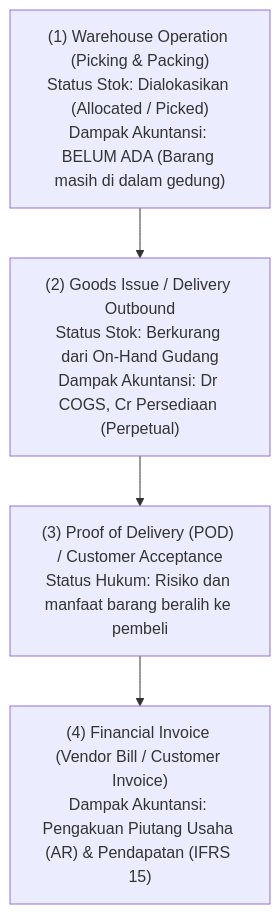
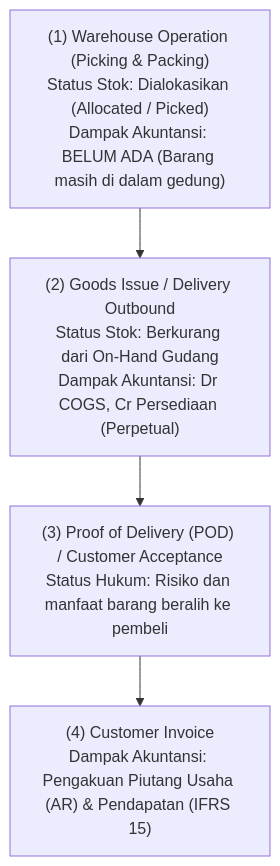
Before and after one commit to alimurrofid/erp-notes: the third of 3 diagrams in content/05-inventory/inventory-picking-and-delivery.md, drawn with Mermaid. The commit also changed 168 other files, not shown here.

````diff
--- a/content/05-inventory/inventory-picking-and-delivery.md
+++ b/content/05-inventory/inventory-picking-and-delivery.md
@@ -91,7 +91,7 @@
 ```mermaid
 flowchart TD
     E1["(1) Warehouse Operation (Picking & Packing)<br/>Status Stok: Dialokasikan (Allocated / Picked)<br/>Dampak Akuntansi: BELUM ADA (Barang masih di dalam gedung)"]
     --> E2["(2) Goods Issue / Delivery Outbound<br/>Status Stok: Berkurang dari On-Hand Gudang<br/>Dampak Akuntansi: Dr COGS, Cr Persediaan (Perpetual)"]
     --> E3["(3) Proof of Delivery (POD) / Customer Acceptance<br/>Status Hukum: Risiko dan manfaat barang beralih ke pembeli"]
-    --> E4["(4) Financial Invoice (Vendor Bill / Customer Invoice)<br/>Dampak Akuntansi: Pengakuan Piutang Usaha (AR) & Pendapatan (IFRS 15)"]
+    --> E4["(4) Customer Invoice<br/>Dampak Akuntansi: Pengakuan Piutang Usaha (AR) & Pendapatan (IFRS 15)"]
 ```
````
